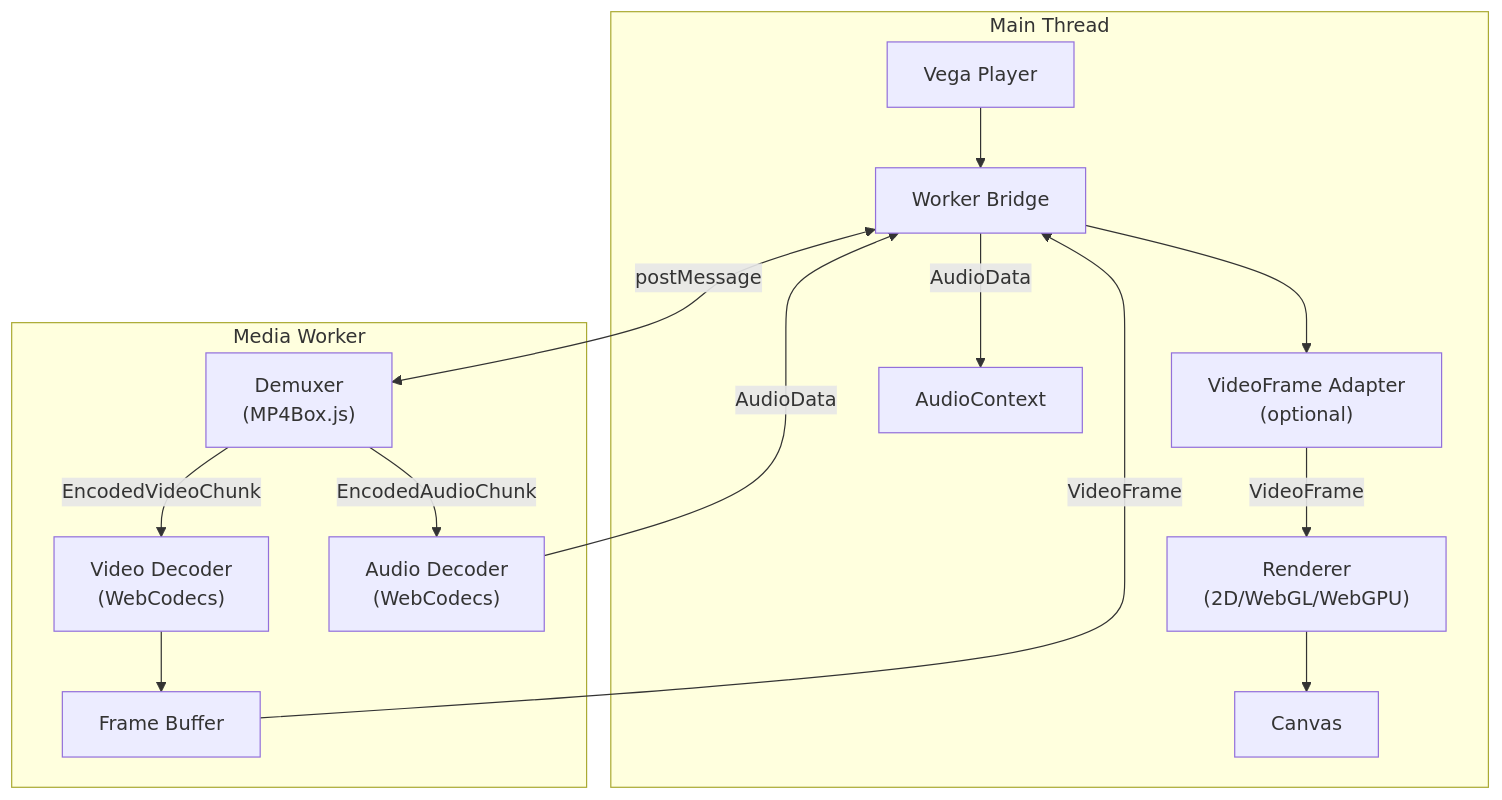
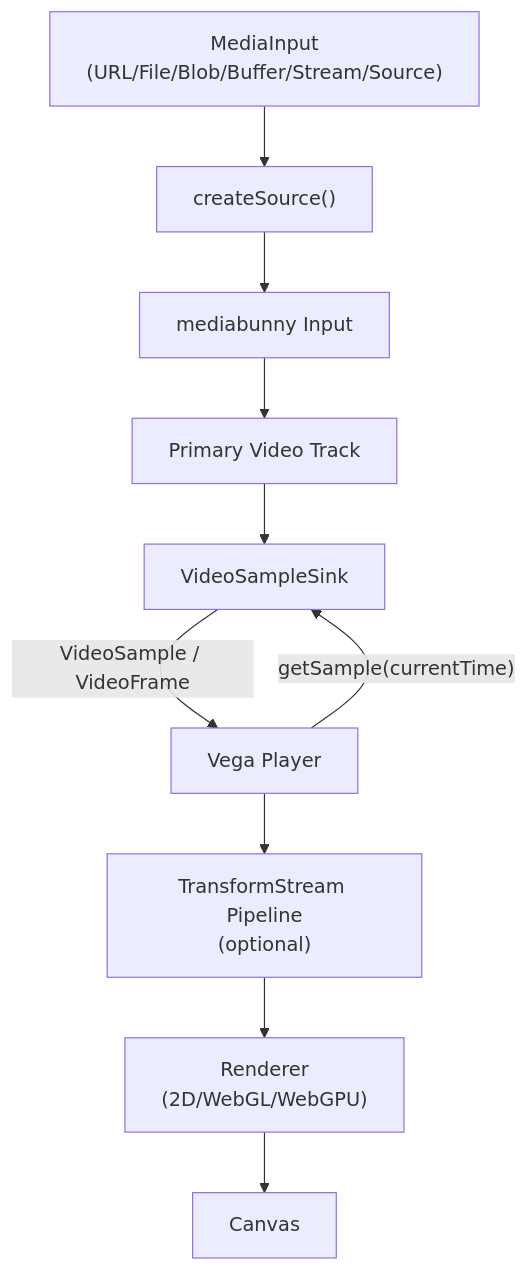
The diagram in README.md (GyeongHoKim/vega), drawn with Mermaid before and after one commit. The commit also changed other lines of this file and 2 other files, not shown here.

````diff
--- a/README.md
+++ b/README.md
@@ -305,32 +272,18 @@
 ```mermaid
 flowchart TB
-    subgraph MainThread["Main Thread"]
-        Vega["Vega Player"]
-        Adapter["VideoFrame Adapter<br/>(optional)"]
-        Renderer["Renderer<br/>(2D/WebGL/WebGPU)"]
-        Canvas["Canvas"]
-        AudioCtx["AudioContext"]
-        WorkerBridge["Worker Bridge"]
-        
-        Vega --> WorkerBridge
-        WorkerBridge --> Adapter
-        Adapter -->|"VideoFrame"| Renderer
-        Renderer --> Canvas
-        WorkerBridge -->|"AudioData"| AudioCtx
-    end
-    
-    subgraph MediaWorker["Media Worker"]
-        Demuxer["Demuxer<br/>(MP4Box.js)"]
-        VideoDecoder["Video Decoder<br/>(WebCodecs)"]
-        AudioDecoder["Audio Decoder<br/>(WebCodecs)"]
-        FrameBuffer["Frame Buffer"]
-        
-        Demuxer -->|"EncodedVideoChunk"| VideoDecoder
-        Demuxer -->|"EncodedAudioChunk"| AudioDecoder
-        VideoDecoder --> FrameBuffer
-    end
-    
-    WorkerBridge <-->|"postMessage"| Demuxer
-    FrameBuffer -->|"VideoFrame"| WorkerBridge
-    AudioDecoder -->|"AudioData"| WorkerBridge
+    Input["MediaInput<br/>(URL/File/Blob/Buffer/Stream/Source)"]
+    SourceFactory["createSource()"]
+    MBInput["mediabunny Input"]
+    VideoTrack["Primary Video Track"]
+    SampleSink["VideoSampleSink"]
+    Vega["Vega Player"]
+    Pipeline["TransformStream Pipeline<br/>(optional)"]
+    Renderer["Renderer<br/>(2D/WebGL/WebGPU)"]
+    Canvas["Canvas"]
+
+    Input --> SourceFactory --> MBInput
+    MBInput --> VideoTrack --> SampleSink
+    Vega -->|"getSample(currentTime)"| SampleSink
+    SampleSink -->|"VideoSample / VideoFrame"| Vega
+    Vega --> Pipeline --> Renderer --> Canvas
 ```
````
